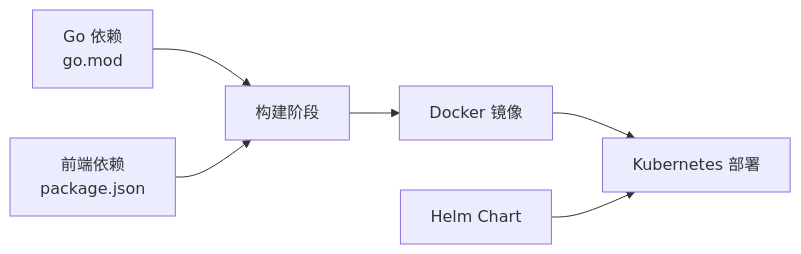
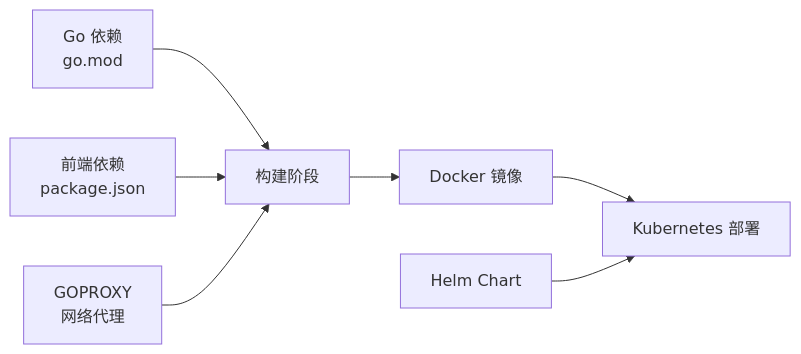
Before and after one commit to kudig-io/klaw: the eighth of 8 diagrams in .qoder/repowiki/zh/content/安装部署/安装部署.md, drawn with Mermaid. The commit also changed other lines of this file and 245 other files, not shown here.

````diff
--- a/.qoder/repowiki/zh/content/安装部署/安装部署.md
+++ b/.qoder/repowiki/zh/content/安装部署/安装部署.md
@@ -235,8 +273,9 @@
 ```mermaid
 graph LR
 GO["Go 依赖<br/>go.mod"] --> Build["构建阶段"]
 NPM["前端依赖<br/>package.json"] --> Build
+Proxy["GOPROXY<br/>网络代理"] --> Build
 Build --> Image["Docker 镜像"]
 Image --> K8s["Kubernetes 部署"]
 Helm["Helm Chart"] --> K8s
 ```
````
